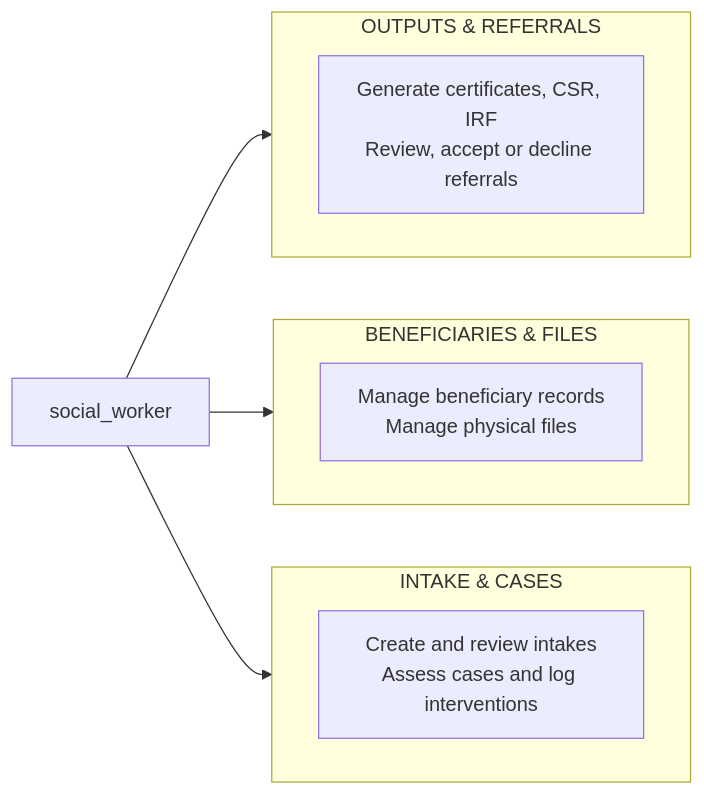
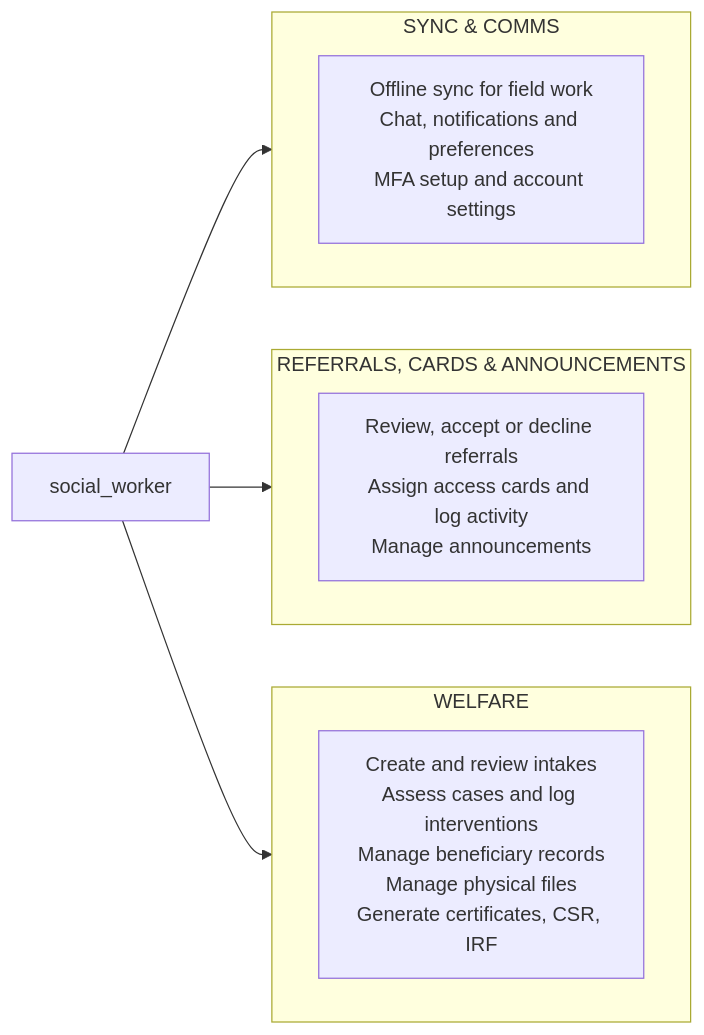
The third of 8 diagrams in docs/diagrams/02-use-case-diagram.md (urlsalimbot/THESIS1-KAPWA), drawn with Mermaid before and after one commit. The commit also changed other lines of this file, not shown here.

Commit message:
docs: join use cases per role with category rectangles in one diagram each

````diff
--- a/docs/diagrams/02-use-case-diagram.md
+++ b/docs/diagrams/02-use-case-diagram.md
@@ -92,23 +92,23 @@
 ```mermaid
 flowchart LR
     SW["social_worker"]
 
-    subgraph IntakeCases[INTAKE & CASES]
+    subgraph Welfare[WELFARE]
         direction LR
-        S1["Create and review intakes<br/>Assess cases and log interventions"]
+        S1["Create and review intakes<br/>Assess cases and log interventions<br/>Manage beneficiary records<br/>Manage physical files<br/>Generate certificates, CSR, IRF"]
     end
 
-    subgraph BenefFiles[BENEFICIARIES & FILES]
+    subgraph ReferralsCards[REFERRALS, CARDS & ANNOUNCEMENTS]
         direction LR
-        S2["Manage beneficiary records<br/>Manage physical files"]
+        S2["Review, accept or decline referrals<br/>Assign access cards and log activity<br/>Manage announcements"]
     end
 
-    subgraph Outputs[OUTPUTS & REFERRALS]
+    subgraph SyncComms[SYNC & COMMS]
         direction LR
-        S3["Generate certificates, CSR, IRF<br/>Review, accept or decline referrals"]
+        S3["Offline sync for field work<br/>Chat, notifications and preferences<br/>MFA setup and account settings"]
     end
 
     SW --> S1
     SW --> S2
     SW --> S3
 ```
````
